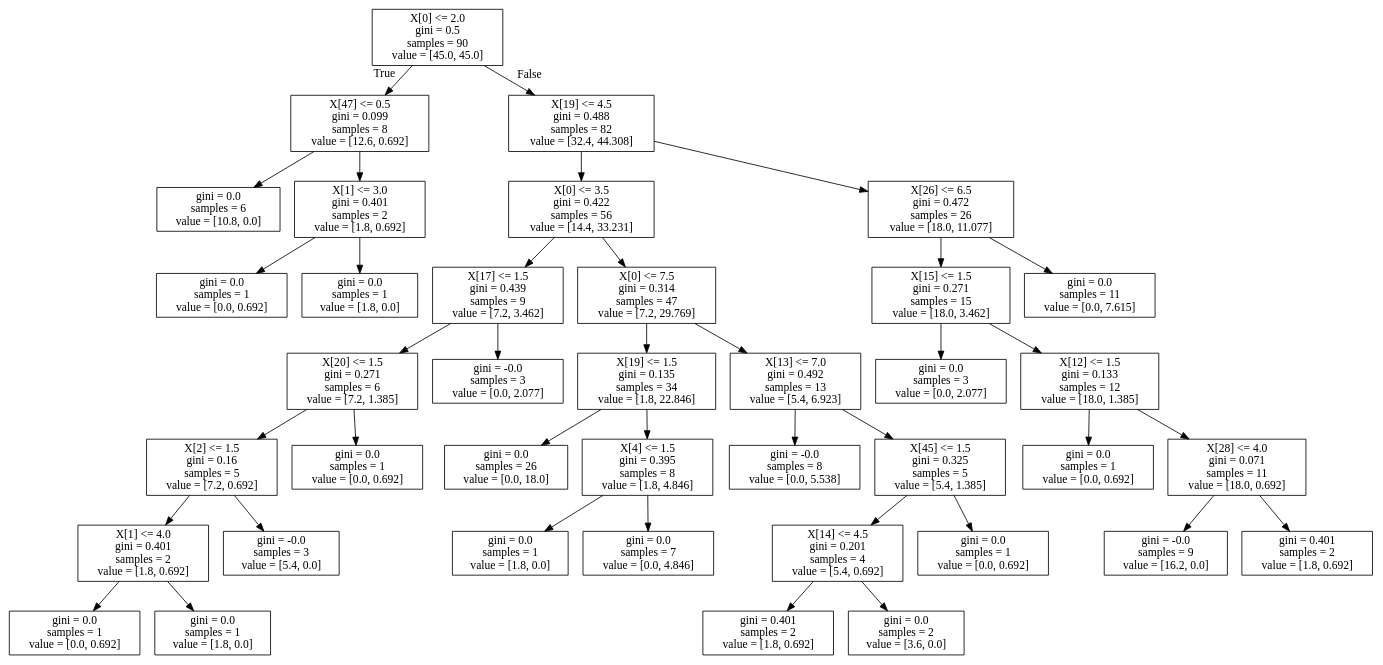
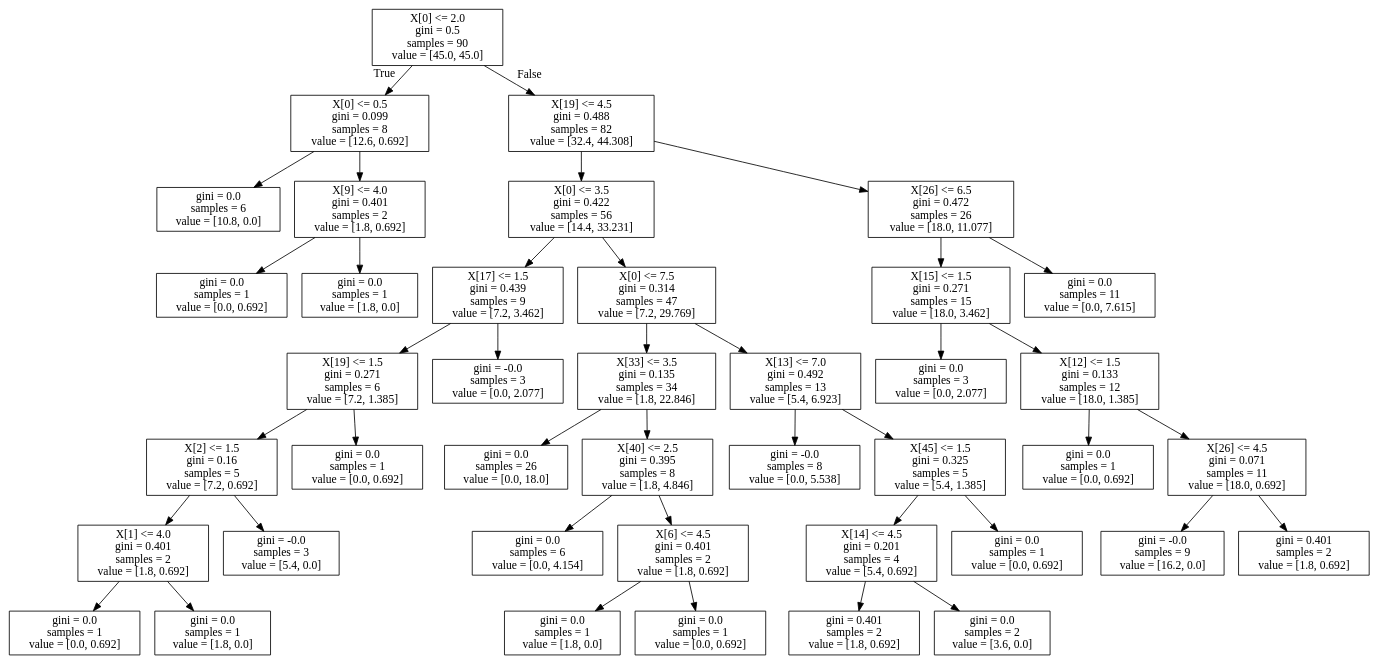
Before and after one commit to suleSyl/Tahminleme: the diagram in tree.dot, drawn with Graphviz. The commit also changed 2 other files, not shown here.

Commit message:
More charts

```diff
--- a/tree.dot
+++ b/tree.dot
@@ -1,80 +1,84 @@
 digraph Tree {
 node [shape=box] ;
 0 [label="X[0] <= 2.0\ngini = 0.5\nsamples = 90\nvalue = [45.0, 45.0]"] ;
-1 [label="X[47] <= 0.5\ngini = 0.099\nsamples = 8\nvalue = [12.6, 0.692]"] ;
+1 [label="X[0] <= 0.5\ngini = 0.099\nsamples = 8\nvalue = [12.6, 0.692]"] ;
 0 -> 1 [labeldistance=2.5, labelangle=45, headlabel="True"] ;
 2 [label="gini = 0.0\nsamples = 6\nvalue = [10.8, 0.0]"] ;
 1 -> 2 ;
-3 [label="X[1] <= 3.0\ngini = 0.401\nsamples = 2\nvalue = [1.8, 0.692]"] ;
+3 [label="X[9] <= 4.0\ngini = 0.401\nsamples = 2\nvalue = [1.8, 0.692]"] ;
 1 -> 3 ;
 4 [label="gini = 0.0\nsamples = 1\nvalue = [0.0, 0.692]"] ;
 3 -> 4 ;
 5 [label="gini = 0.0\nsamples = 1\nvalue = [1.8, 0.0]"] ;
 3 -> 5 ;
 6 [label="X[19] <= 4.5\ngini = 0.488\nsamples = 82\nvalue = [32.4, 44.308]"] ;
 0 -> 6 [labeldistance=2.5, labelangle=-45, headlabel="False"] ;
 7 [label="X[0] <= 3.5\ngini = 0.422\nsamples = 56\nvalue = [14.4, 33.231]"] ;
 6 -> 7 ;
 8 [label="X[17] <= 1.5\ngini = 0.439\nsamples = 9\nvalue = [7.2, 3.462]"] ;
 7 -> 8 ;
-9 [label="X[20] <= 1.5\ngini = 0.271\nsamples = 6\nvalue = [7.2, 1.385]"] ;
+9 [label="X[19] <= 1.5\ngini = 0.271\nsamples = 6\nvalue = [7.2, 1.385]"] ;
 8 -> 9 ;
 10 [label="X[2] <= 1.5\ngini = 0.16\nsamples = 5\nvalue = [7.2, 0.692]"] ;
 9 -> 10 ;
 11 [label="X[1] <= 4.0\ngini = 0.401\nsamples = 2\nvalue = [1.8, 0.692]"] ;
 10 -> 11 ;
 12 [label="gini = 0.0\nsamples = 1\nvalue = [0.0, 0.692]"] ;
 11 -> 12 ;
 13 [label="gini = 0.0\nsamples = 1\nvalue = [1.8, 0.0]"] ;
 11 -> 13 ;
 14 [label="gini = -0.0\nsamples = 3\nvalue = [5.4, 0.0]"] ;
 10 -> 14 ;
 15 [label="gini = 0.0\nsamples = 1\nvalue = [0.0, 0.692]"] ;
 9 -> 15 ;
 16 [label="gini = -0.0\nsamples = 3\nvalue = [0.0, 2.077]"] ;
 8 -> 16 ;
 17 [label="X[0] <= 7.5\ngini = 0.314\nsamples = 47\nvalue = [7.2, 29.769]"] ;
 7 -> 17 ;
-18 [label="X[19] <= 1.5\ngini = 0.135\nsamples = 34\nvalue = [1.8, 22.846]"] ;
+18 [label="X[33] <= 3.5\ngini = 0.135\nsamples = 34\nvalue = [1.8, 22.846]"] ;
 17 -> 18 ;
 19 [label="gini = 0.0\nsamples = 26\nvalue = [0.0, 18.0]"] ;
 18 -> 19 ;
-20 [label="X[4] <= 1.5\ngini = 0.395\nsamples = 8\nvalue = [1.8, 4.846]"] ;
+20 [label="X[40] <= 2.5\ngini = 0.395\nsamples = 8\nvalue = [1.8, 4.846]"] ;
 18 -> 20 ;
-21 [label="gini = 0.0\nsamples = 1\nvalue = [1.8, 0.0]"] ;
+21 [label="gini = 0.0\nsamples = 6\nvalue = [0.0, 4.154]"] ;
 20 -> 21 ;
-22 [label="gini = 0.0\nsamples = 7\nvalue = [0.0, 4.846]"] ;
+22 [label="X[6] <= 4.5\ngini = 0.401\nsamples = 2\nvalue = [1.8, 0.692]"] ;
 20 -> 22 ;
-23 [label="X[13] <= 7.0\ngini = 0.492\nsamples = 13\nvalue = [5.4, 6.923]"] ;
-17 -> 23 ;
-24 [label="gini = -0.0\nsamples = 8\nvalue = [0.0, 5.538]"] ;
-23 -> 24 ;
-25 [label="X[45] <= 1.5\ngini = 0.325\nsamples = 5\nvalue = [5.4, 1.385]"] ;
-23 -> 25 ;
-26 [label="X[14] <= 4.5\ngini = 0.201\nsamples = 4\nvalue = [5.4, 0.692]"] ;
+23 [label="gini = 0.0\nsamples = 1\nvalue = [1.8, 0.0]"] ;
+22 -> 23 ;
+24 [label="gini = 0.0\nsamples = 1\nvalue = [0.0, 0.692]"] ;
+22 -> 24 ;
+25 [label="X[13] <= 7.0\ngini = 0.492\nsamples = 13\nvalue = [5.4, 6.923]"] ;
+17 -> 25 ;
+26 [label="gini = -0.0\nsamples = 8\nvalue = [0.0, 5.538]"] ;
 25 -> 26 ;
-27 [label="gini = 0.401\nsamples = 2\nvalue = [1.8, 0.692]"] ;
-26 -> 27 ;
-28 [label="gini = 0.0\nsamples = 2\nvalue = [3.6, 0.0]"] ;
-26 -> 28 ;
-29 [label="gini = 0.0\nsamples = 1\nvalue = [0.0, 0.692]"] ;
-25 -> 29 ;
-30 [label="X[26] <= 6.5\ngini = 0.472\nsamples = 26\nvalue = [18.0, 11.077]"] ;
-6 -> 30 ;
-31 [label="X[15] <= 1.5\ngini = 0.271\nsamples = 15\nvalue = [18.0, 3.462]"] ;
-30 -> 31 ;
-32 [label="gini = 0.0\nsamples = 3\nvalue = [0.0, 2.077]"] ;
-31 -> 32 ;
-33 [label="X[12] <= 1.5\ngini = 0.133\nsamples = 12\nvalue = [18.0, 1.385]"] ;
-31 -> 33 ;
-34 [label="gini = 0.0\nsamples = 1\nvalue = [0.0, 0.692]"] ;
+27 [label="X[45] <= 1.5\ngini = 0.325\nsamples = 5\nvalue = [5.4, 1.385]"] ;
+25 -> 27 ;
+28 [label="X[14] <= 4.5\ngini = 0.201\nsamples = 4\nvalue = [5.4, 0.692]"] ;
+27 -> 28 ;
+29 [label="gini = 0.401\nsamples = 2\nvalue = [1.8, 0.692]"] ;
+28 -> 29 ;
+30 [label="gini = 0.0\nsamples = 2\nvalue = [3.6, 0.0]"] ;
+28 -> 30 ;
+31 [label="gini = 0.0\nsamples = 1\nvalue = [0.0, 0.692]"] ;
+27 -> 31 ;
+32 [label="X[26] <= 6.5\ngini = 0.472\nsamples = 26\nvalue = [18.0, 11.077]"] ;
+6 -> 32 ;
+33 [label="X[15] <= 1.5\ngini = 0.271\nsamples = 15\nvalue = [18.0, 3.462]"] ;
+32 -> 33 ;
+34 [label="gini = 0.0\nsamples = 3\nvalue = [0.0, 2.077]"] ;
 33 -> 34 ;
-35 [label="X[28] <= 4.0\ngini = 0.071\nsamples = 11\nvalue = [18.0, 0.692]"] ;
+35 [label="X[12] <= 1.5\ngini = 0.133\nsamples = 12\nvalue = [18.0, 1.385]"] ;
 33 -> 35 ;
-36 [label="gini = -0.0\nsamples = 9\nvalue = [16.2, 0.0]"] ;
+36 [label="gini = 0.0\nsamples = 1\nvalue = [0.0, 0.692]"] ;
 35 -> 36 ;
-37 [label="gini = 0.401\nsamples = 2\nvalue = [1.8, 0.692]"] ;
+37 [label="X[26] <= 4.5\ngini = 0.071\nsamples = 11\nvalue = [18.0, 0.692]"] ;
 35 -> 37 ;
-38 [label="gini = 0.0\nsamples = 11\nvalue = [0.0, 7.615]"] ;
-30 -> 38 ;
+38 [label="gini = -0.0\nsamples = 9\nvalue = [16.2, 0.0]"] ;
+37 -> 38 ;
+39 [label="gini = 0.401\nsamples = 2\nvalue = [1.8, 0.692]"] ;
+37 -> 39 ;
+40 [label="gini = 0.0\nsamples = 11\nvalue = [0.0, 7.615]"] ;
+32 -> 40 ;
 }
```
